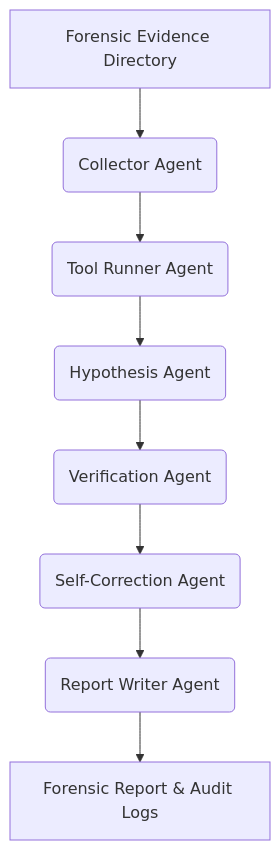
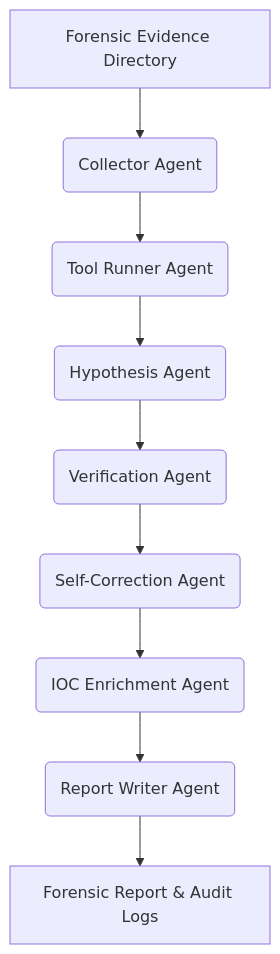
The diagram in README.md (ibrahimsaleem/Evil-Trace), drawn with Mermaid before and after one commit. The commit also changed other lines of this file, not shown here.

Commit message:
Update README.md with Exa IOC Enrichment Agent documentation

````diff
--- a/README.md
+++ b/README.md
@@ -22,10 +23,11 @@
 ```mermaid
 graph TD
     A[Forensic Evidence Directory] --> B(Collector Agent)
     B --> C(Tool Runner Agent)
     C --> D(Hypothesis Agent)
     D --> E(Verification Agent)
     E --> F(Self-Correction Agent)
-    F --> G(Report Writer Agent)
-    G --> H[Forensic Report & Audit Logs]
+    F --> G(IOC Enrichment Agent)
+    G --> H(Report Writer Agent)
+    H --> I[Forensic Report & Audit Logs]
 ```
````
